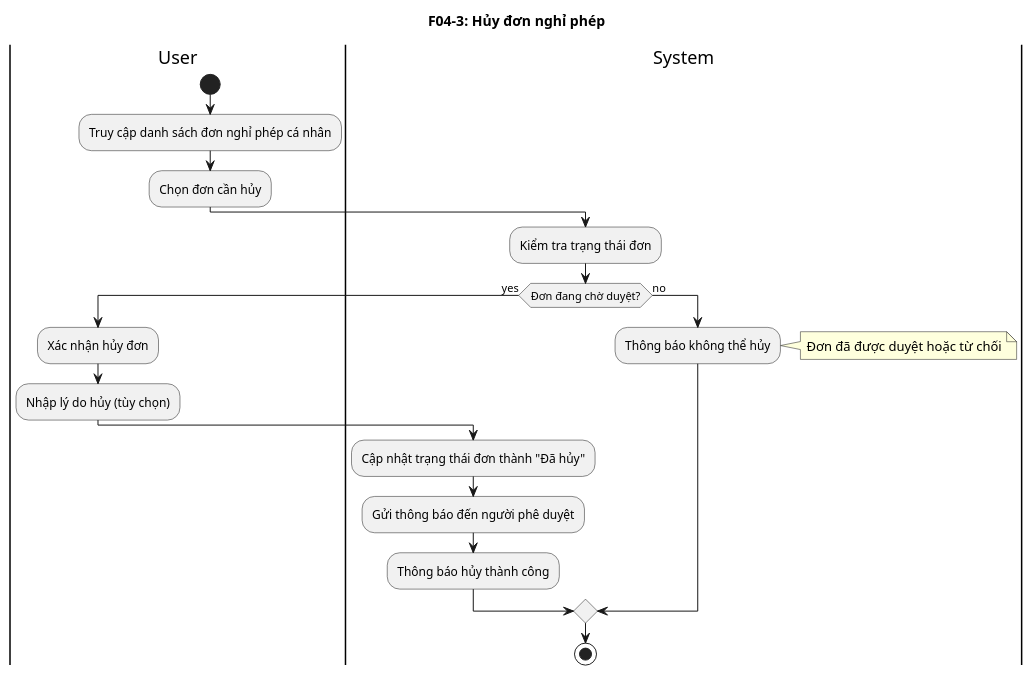
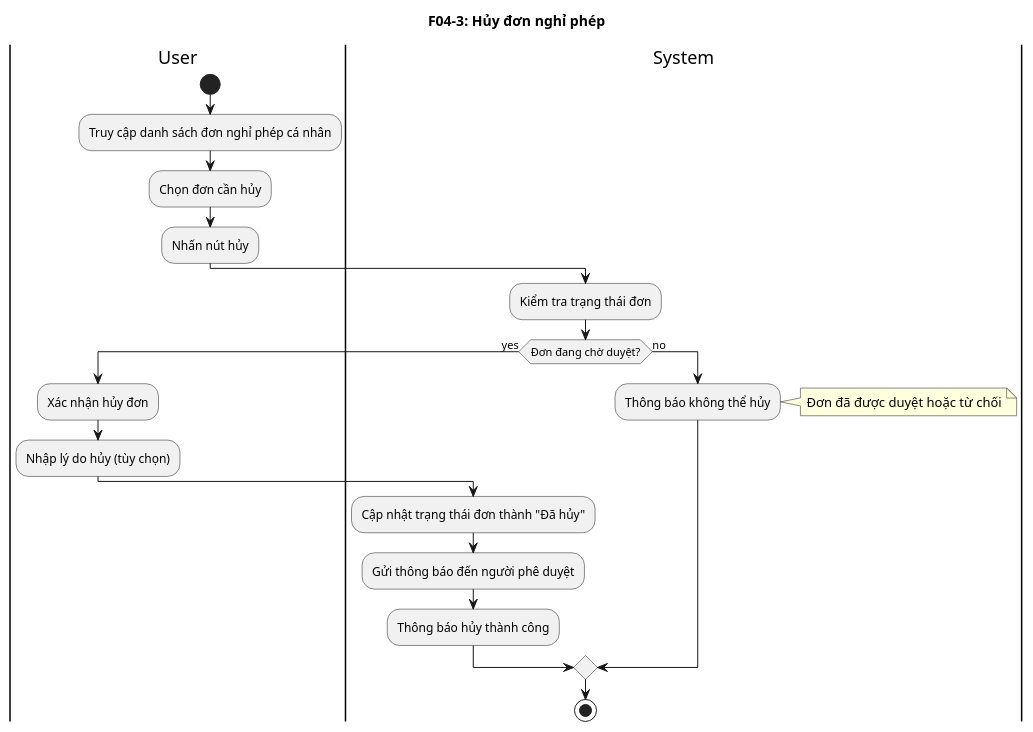
Before and after one commit to hoangh-e/PowerAppp_AppNghiPhep: the sixth of 34 diagrams in activity_diagrams.puml, drawn with PlantUML. The commit also changed other lines of this file and 25 other files, not shown here.

```diff
--- a/activity_diagrams.puml
+++ b/activity_diagrams.puml
@@ -119,22 +126,23 @@
 @startuml F04_Cancel_Leave_Request
 title F04-3: Hủy đơn nghỉ phép
 |User|
 start
 :Truy cập danh sách đơn nghỉ phép cá nhân;
 :Chọn đơn cần hủy;
+:Nhấn nút hủy;
 |System|
 :Kiểm tra trạng thái đơn;
 if (Đơn đang chờ duyệt?) then (yes)
   |User|
   :Xác nhận hủy đơn;
   :Nhập lý do hủy (tùy chọn);
   |System|
   :Cập nhật trạng thái đơn thành "Đã hủy";
   :Gửi thông báo đến người phê duyệt;
   :Thông báo hủy thành công;
 else (no)
   :Thông báo không thể hủy;
   note right: Đơn đã được duyệt hoặc từ chối
 endif
 stop
 @enduml
```
